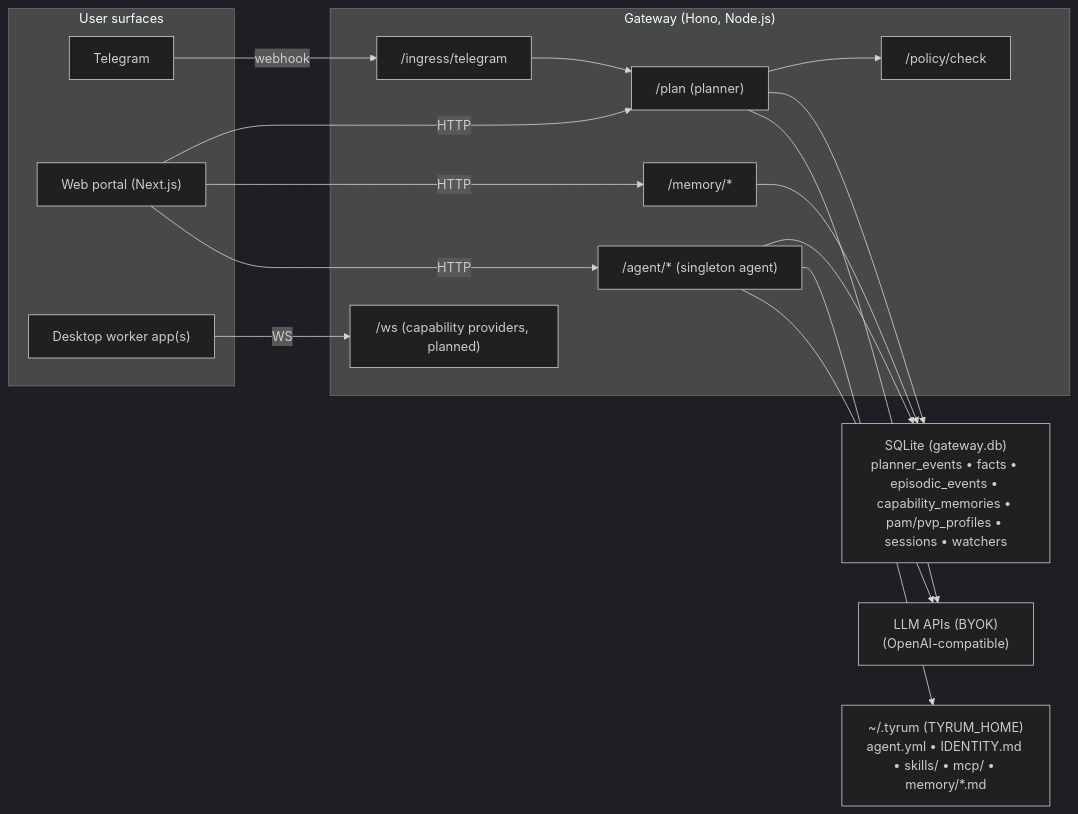
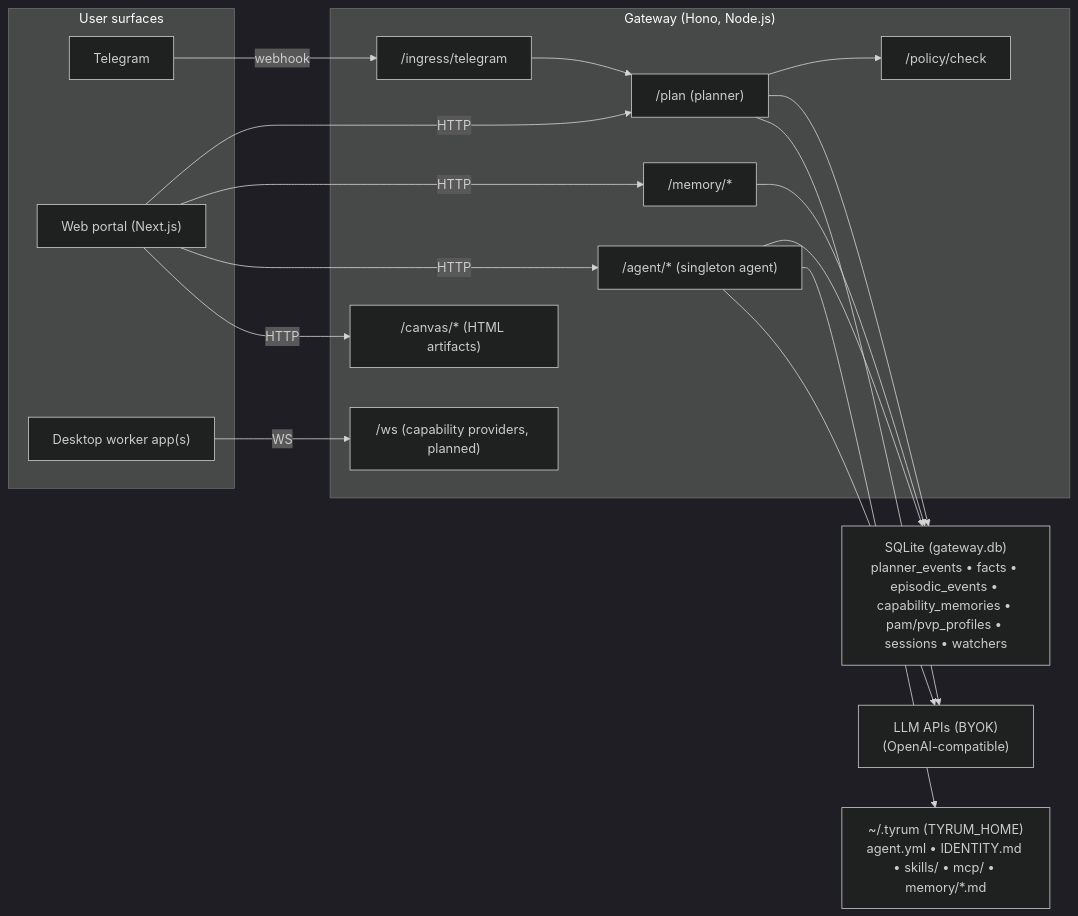
Before and after one commit to tyrumai/tyrum: the diagram in docs/vision.md, drawn with Mermaid (dark theme). The commit also changed other lines of this file, not shown here.

First line of the commit message:
docs(vision): add Desktop + Canvas

````diff
--- a/docs/vision.md
+++ b/docs/vision.md
@@ -85,38 +86,40 @@
 ```mermaid
 flowchart LR
   subgraph Surfaces["User surfaces"]
     TG["Telegram"]
     PORTAL["Web portal (Next.js)"]
     DESKTOP["Desktop worker app(s)"]
   end
 
   subgraph Gateway["Gateway (Hono, Node.js)"]
     INGRESS["/ingress/telegram"]
     PLAN["/plan (planner)"]
     POLICY["/policy/check"]
     MEMORY["/memory/*"]
     AGENT["/agent/* (singleton agent)"]
+    CANVAS["/canvas/* (HTML artifacts)"]
     WS["/ws (capability providers, planned)"]
   end
 
   DB["SQLite (gateway.db)\nplanner_events • facts • episodic_events • capability_memories • pam/pvp_profiles • sessions • watchers"]
   HOME["~/.tyrum (TYRUM_HOME)\nagent.yml • IDENTITY.md • skills/ • mcp/ • memory/*.md"]
   UPSTREAM["LLM APIs (BYOK)\n(OpenAI-compatible)"]
 
   TG -->|webhook| INGRESS
   PORTAL -->|HTTP| PLAN
   PORTAL -->|HTTP| MEMORY
   PORTAL -->|HTTP| AGENT
+  PORTAL -->|HTTP| CANVAS
   DESKTOP -->|WS| WS
 
   INGRESS --> PLAN
 
   PLAN --> POLICY
   PLAN --> DB
   MEMORY --> DB
   AGENT --> DB
   AGENT --> HOME
 
   PLAN --> UPSTREAM
   AGENT --> UPSTREAM
 ```
````
